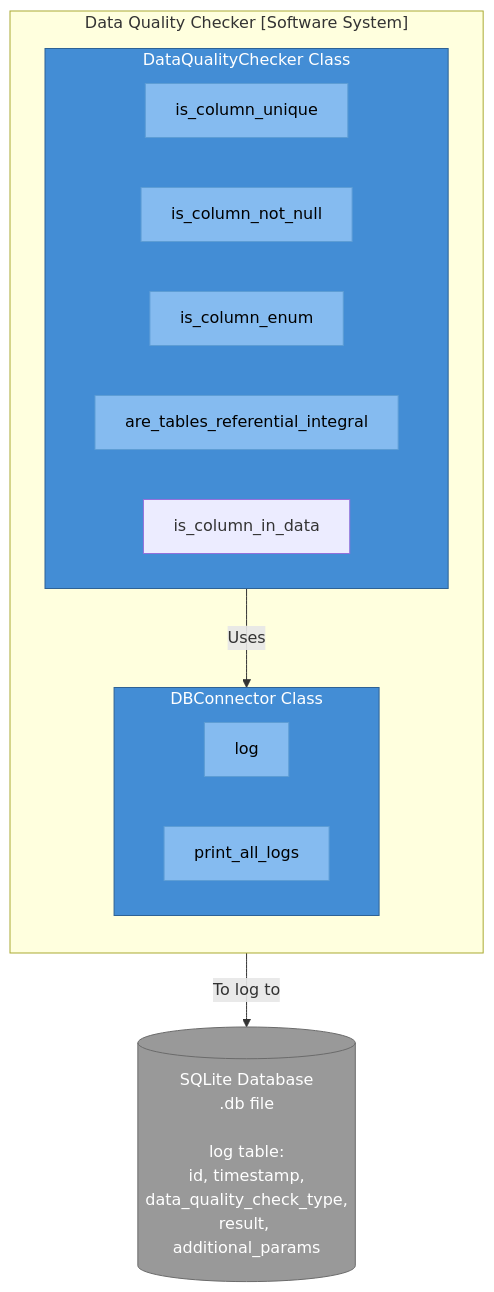
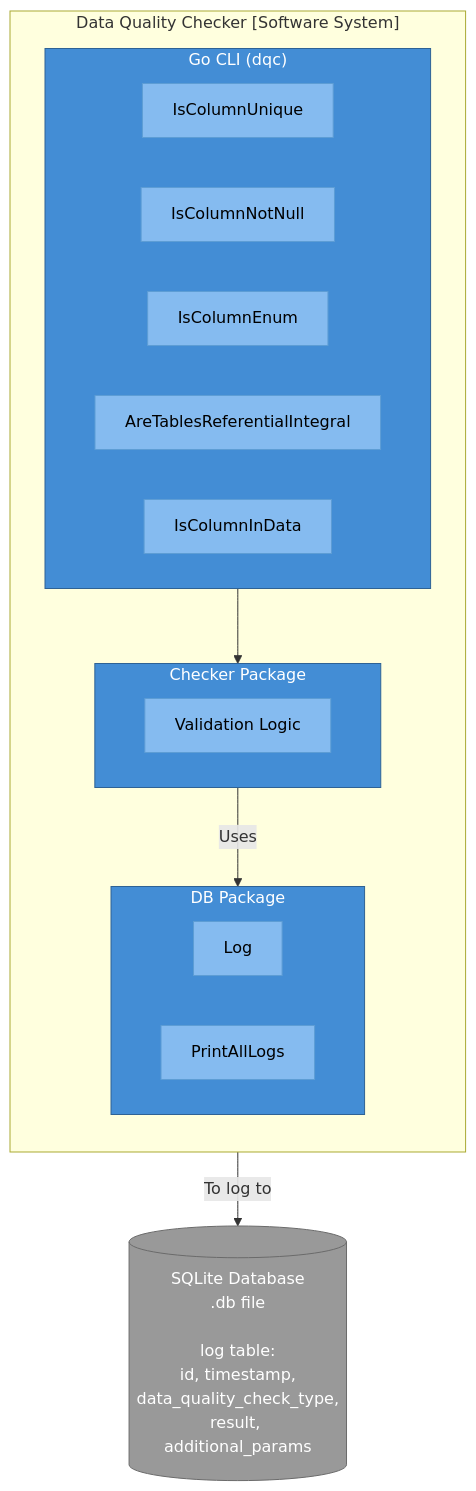
The second of 2 diagrams in README.md (josephmachado/data_quality_checker), drawn with Mermaid before and after one commit. The commit also changed other lines of this file and 21 other files, not shown here.

````diff
--- a/README.md
+++ b/README.md
@@ -240,35 +107,40 @@
 ```mermaid
-graph TB
-    subgraph System["Data Quality Checker [Software System]"]
+flowchart TB
+    subgraph System ["Data Quality Checker [Software System]"]
         direction TB
         
-        subgraph Checker["DataQualityChecker Class"]
+        subgraph GoApp ["Go CLI (dqc)"]
             direction LR
-            Method1[is_column_unique]
-            Method2[is_column_not_null]
-            Method3[is_column_enum]
-            Method4[are_tables_referential_integral]
-            Method5[is_column_in_data]
+            Method1[IsColumnUnique]
+            Method2[IsColumnNotNull]
+            Method3[IsColumnEnum]
+            Method4[AreTablesReferentialIntegral]
+            Method5[IsColumnInData]
         end
         
-        subgraph Connector["DBConnector Class"]
+        subgraph Check ["Checker Package"]
+            Logic[Validation Logic]
+        end
+
+        subgraph Connector ["DB Package"]
             direction LR
-            Log[log]
-            Print[print_all_logs]
+            Log[Log]
+            Print[PrintAllLogs]
         end
         
-        Checker -->|Uses| Connector
+        GoApp --> Check
+        Check -->|Uses| Connector
     end
     
-    Database[(SQLite Database<br/>.db file<br/><br/>log table:<br/>id, timestamp,<br/>data_quality_check_type,<br/>result, additional_params)]
+    Database[("SQLite Database<br/>.db file<br/><br/>log table:<br/>id, timestamp,<br/>data_quality_check_type,<br/>result, additional_params")]
     
     Connector -->|To log to | Database
     
     classDef container fill:#438dd5,stroke:#2e6295,color:#fff
     classDef method fill:#85bbf0,stroke:#5d9dd5,color:#000
     classDef external fill:#999999,stroke:#6b6b6b,color:#fff
     
-    class Checker,Connector container
-    class Method1,Method2,Method3,Method4,Log,Print method
+    class GoApp,Check,Connector container
+    class Method1,Method2,Method3,Method4,Method5,Log,Print,Logic method
     class Database external
 ```
````
